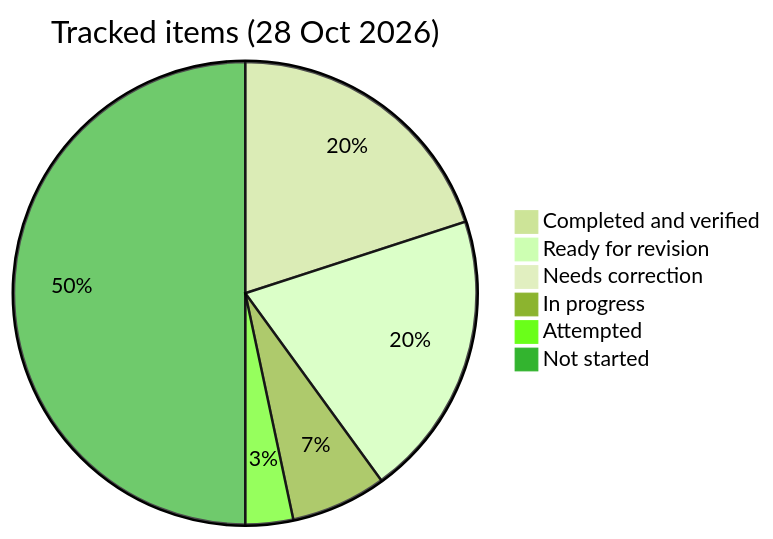
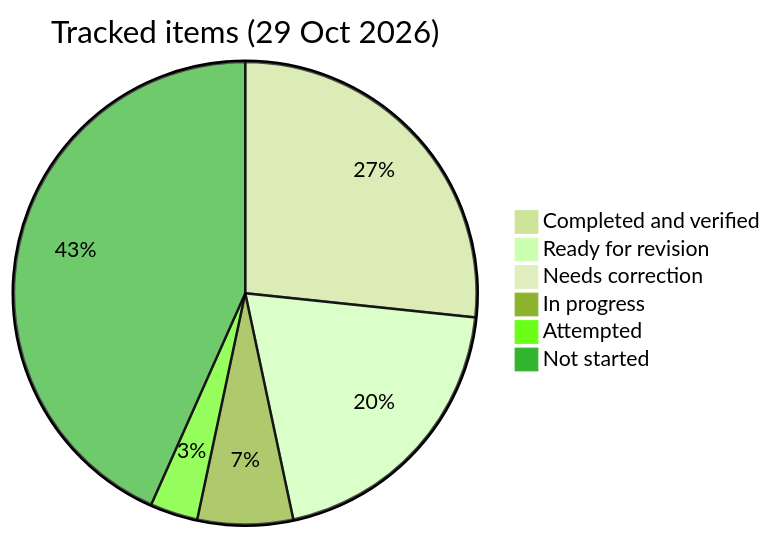
The diagram in PROGRESS.md (PrashantSury/java-switch-journey), drawn with Mermaid (forest theme) before and after one commit. The commit also changed other lines of this file and 2 other files, not shown here.

````diff
--- a/PROGRESS.md
+++ b/PROGRESS.md
@@ -122,9 +122,9 @@
 ```mermaid
-pie title Tracked items (28 Oct 2026)
-  "Completed and verified" : 6
+pie title Tracked items (29 Oct 2026)
+  "Completed and verified" : 8
   "Ready for revision" : 6
   "Needs correction" : 0
   "In progress" : 2
   "Attempted" : 1
-  "Not started" : 15
+  "Not started" : 13
 ```
````
